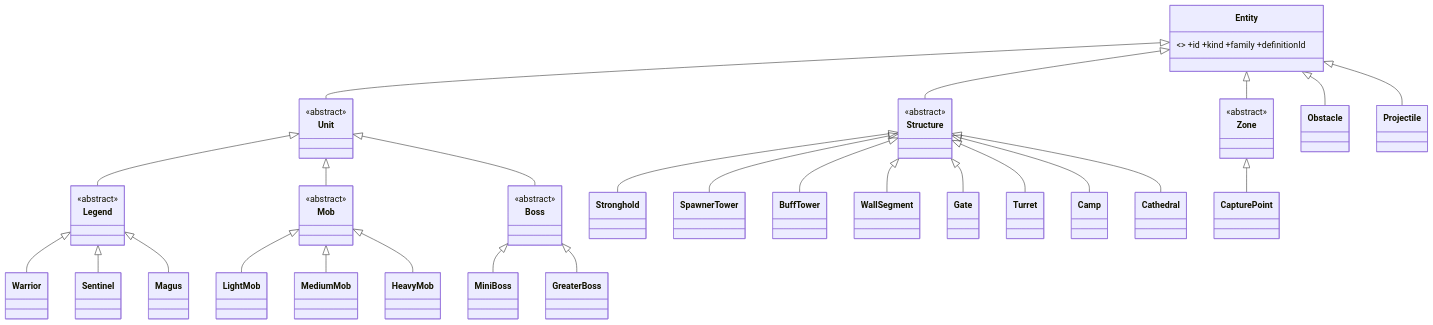
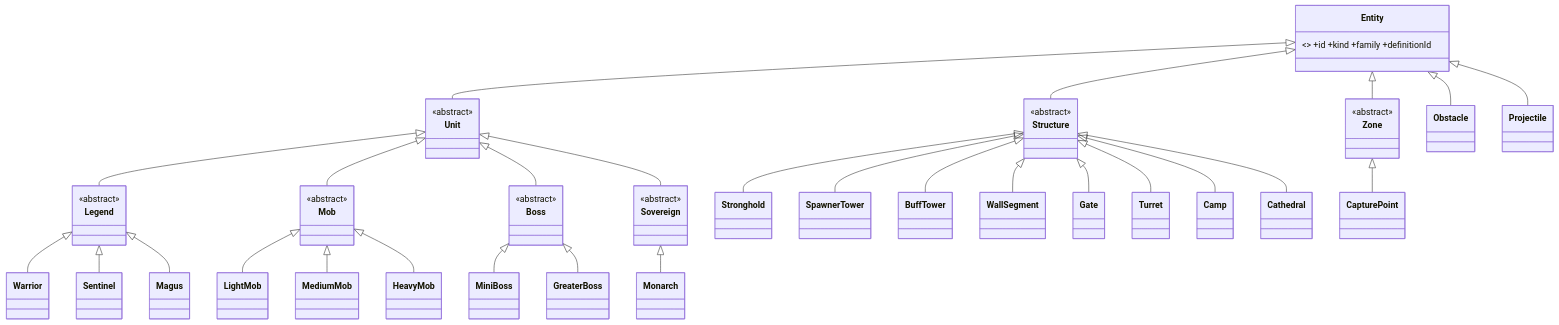
Before and after one commit to SamarjitBhogal/eternalus: the diagram in docs/architecture/04-entity-architecture.md, drawn with Mermaid. The commit also changed other lines of this file and 23 other files, not shown here.

````diff
--- a/docs/architecture/04-entity-architecture.md
+++ b/docs/architecture/04-entity-architecture.md
@@ -40,35 +40,38 @@
 ```mermaid
 classDiagram
   class Entity { <<abstract>> +id +kind +family +definitionId }
   class Unit { <<abstract>> }
   class Legend { <<abstract>> }
   class Mob { <<abstract>> }
   class Boss { <<abstract>> }
+  class Sovereign { <<abstract>> }
   class Structure { <<abstract>> }
   class Zone { <<abstract>> }
   Entity <|-- Unit
   Entity <|-- Structure
   Entity <|-- Zone
   Entity <|-- Obstacle
   Entity <|-- Projectile
   Unit <|-- Legend
   Unit <|-- Mob
   Unit <|-- Boss
+  Unit <|-- Sovereign
   Legend <|-- Warrior
   Legend <|-- Sentinel
   Legend <|-- Magus
   Mob <|-- LightMob
   Mob <|-- MediumMob
   Mob <|-- HeavyMob
   Boss <|-- MiniBoss
   Boss <|-- GreaterBoss
+  Sovereign <|-- Monarch
   Structure <|-- Stronghold
   Structure <|-- SpawnerTower
   Structure <|-- BuffTower
   Structure <|-- WallSegment
   Structure <|-- Gate
   Structure <|-- Turret
   Structure <|-- Camp
   Structure <|-- Cathedral
   Zone <|-- CapturePoint
 ```
````
